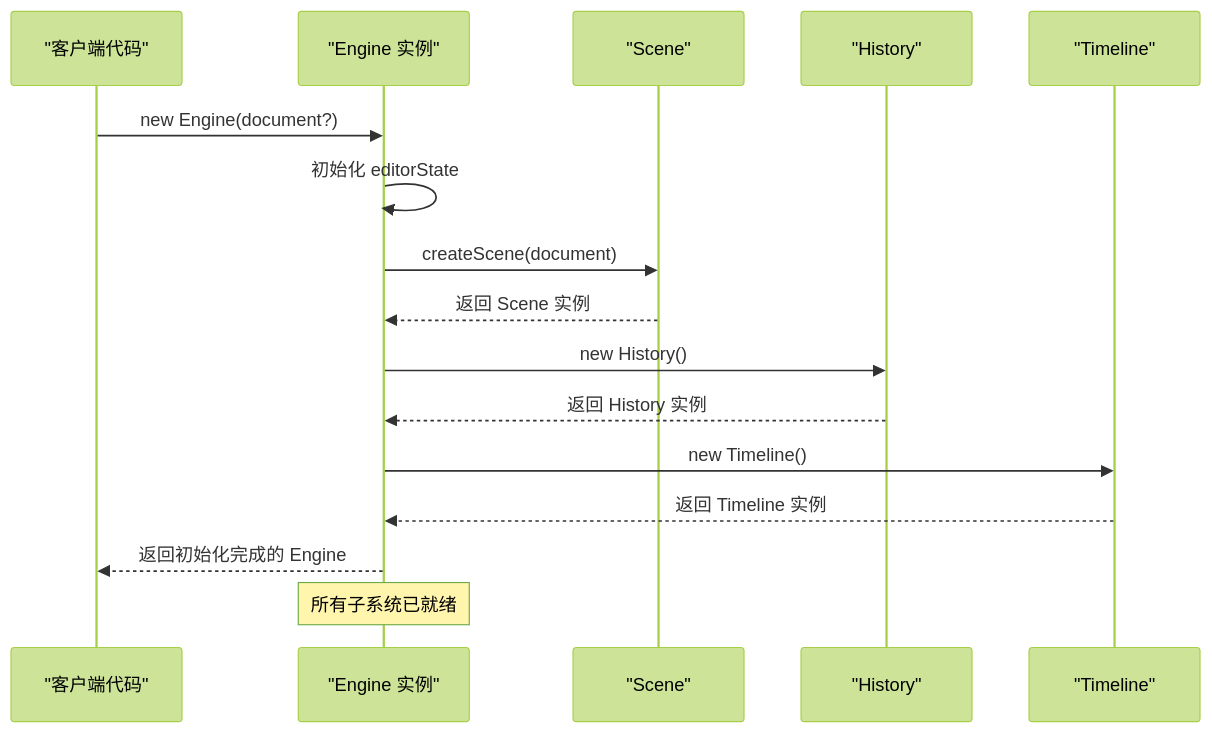
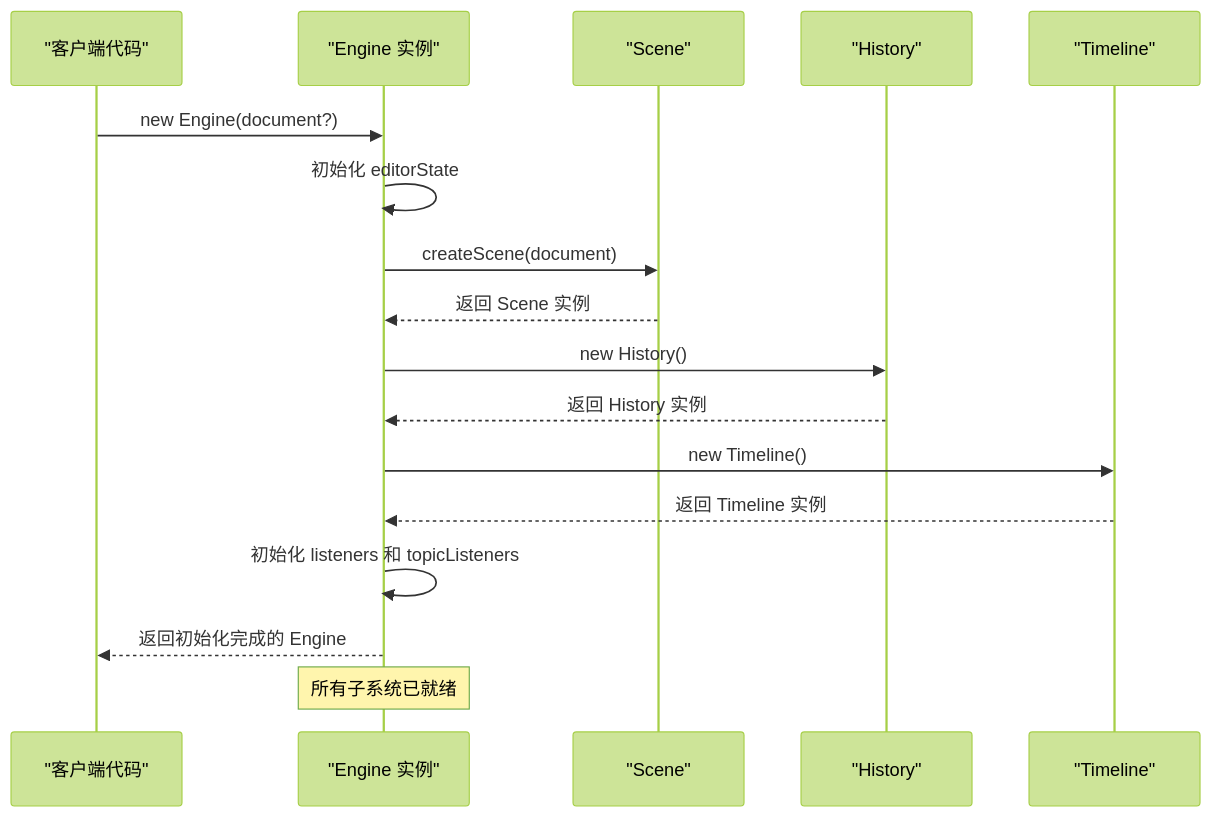
One commit to Anna0314zy/ai_editor_enginer changed the third of 18 diagrams in .qoder/repowiki/zh/content/引擎系统/核心引擎.md. Above: the diagram before and after it, drawn with Mermaid (forest theme). The commit also changed other lines of this file and 25 other files, not shown here.

````diff
--- a/.qoder/repowiki/zh/content/引擎系统/核心引擎.md
+++ b/.qoder/repowiki/zh/content/引擎系统/核心引擎.md
@@ -160,18 +183,19 @@
 ```mermaid
 sequenceDiagram
 participant Client as "客户端代码"
 participant Engine as "Engine 实例"
 participant Scene as "Scene"
 participant History as "History"
 participant Timeline as "Timeline"
 Client->>Engine : new Engine(document?)
 Engine->>Engine : 初始化 editorState
 Engine->>Scene : createScene(document)
 Scene-->>Engine : 返回 Scene 实例
 Engine->>History : new History()
 History-->>Engine : 返回 History 实例
 Engine->>Timeline : new Timeline()
 Timeline-->>Engine : 返回 Timeline 实例
+Engine->>Engine : 初始化 listeners 和 topicListeners
 Engine-->>Client : 返回初始化完成的 Engine
 Note over Engine : 所有子系统已就绪
 ```
````
